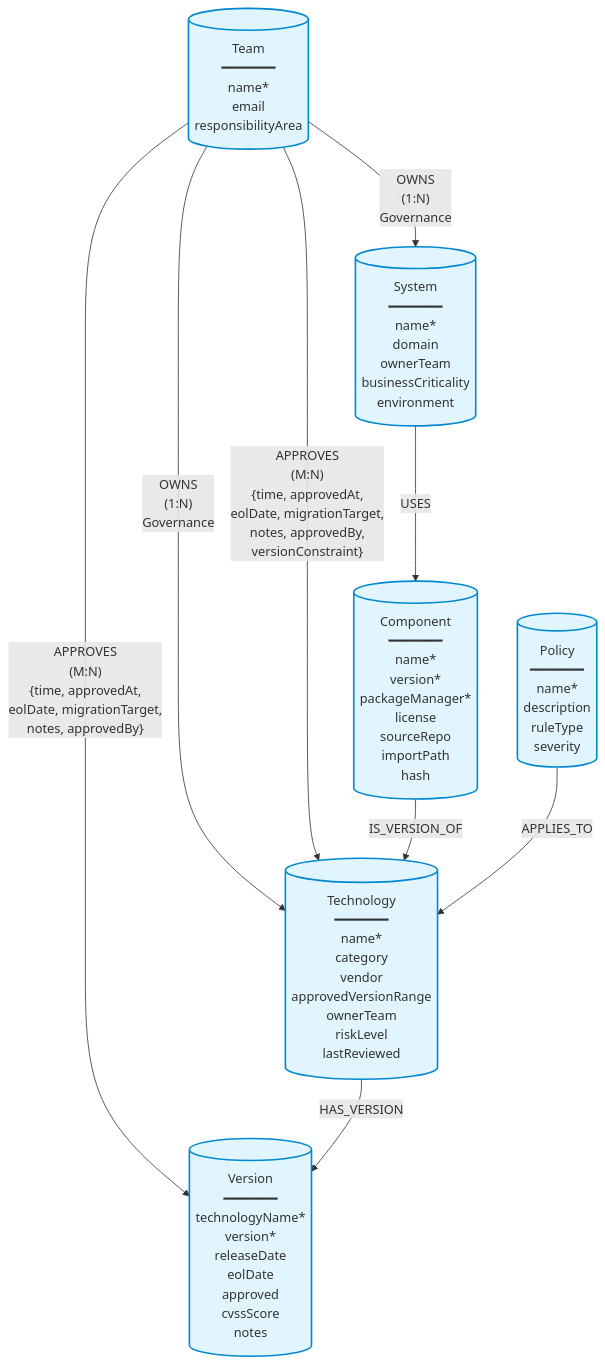
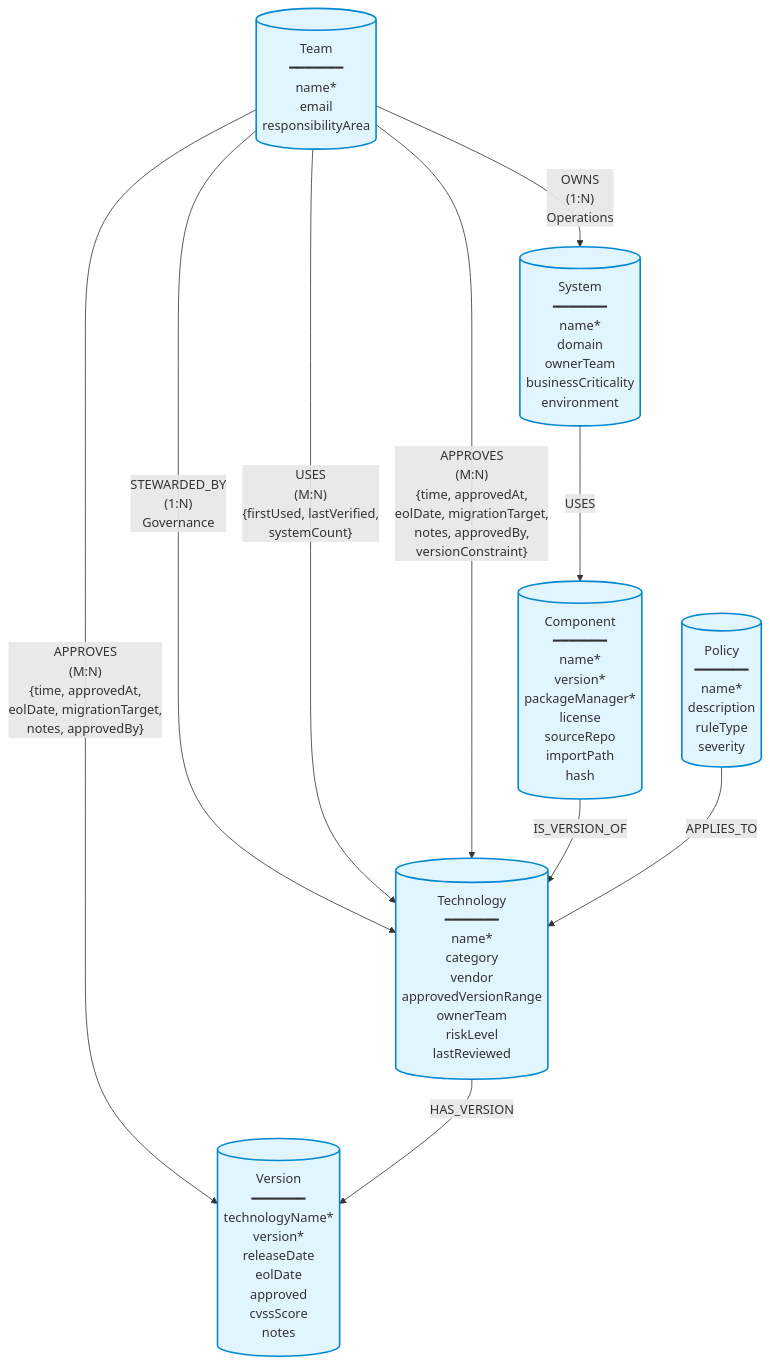
One commit to localgod/polaris changed the first of 2 diagrams in content/architecture/graph-model.md. Above: the diagram before and after it, drawn with Mermaid. The commit also changed other lines of this file and 20 other files, not shown here.

````diff
--- a/content/architecture/graph-model.md
+++ b/content/architecture/graph-model.md
@@ -12,30 +12,31 @@
 ```mermaid
 graph TB
     %% Node Definitions
     Team[("Team<br/>━━━━━━━<br/>name*<br/>email<br/>responsibilityArea")]
     Technology[("Technology<br/>━━━━━━━<br/>name*<br/>category<br/>vendor<br/>approvedVersionRange<br/>ownerTeam<br/>riskLevel<br/>lastReviewed")]
     Version[("Version<br/>━━━━━━━<br/>technologyName*<br/>version*<br/>releaseDate<br/>eolDate<br/>approved<br/>cvssScore<br/>notes")]
     Component[("Component<br/>━━━━━━━<br/>name*<br/>version*<br/>packageManager*<br/>license<br/>sourceRepo<br/>importPath<br/>hash")]
     System[("System<br/>━━━━━━━<br/>name*<br/>domain<br/>ownerTeam<br/>businessCriticality<br/>environment")]
     Policy[("Policy<br/>━━━━━━━<br/>name*<br/>description<br/>ruleType<br/>severity")]
     
     %% Relationships
-    Team -->|"OWNS<br/>(1:N)<br/>Governance"| Technology
-    Team -->|"OWNS<br/>(1:N)<br/>Governance"| System
+    Team -->|"STEWARDED_BY<br/>(1:N)<br/>Governance"| Technology
+    Team -->|"OWNS<br/>(1:N)<br/>Operations"| System
+    Team -->|"USES<br/>(M:N)<br/>{firstUsed, lastVerified,<br/>systemCount}"| Technology
     Team -->|"APPROVES<br/>(M:N)<br/>{time, approvedAt,<br/>eolDate, migrationTarget,<br/>notes, approvedBy,<br/>versionConstraint}"| Technology
     Team -->|"APPROVES<br/>(M:N)<br/>{time, approvedAt,<br/>eolDate, migrationTarget,<br/>notes, approvedBy}"| Version
     
     Technology -->|"HAS_VERSION"| Version
     
     Component -->|"IS_VERSION_OF"| Technology
     
     System -->|"USES"| Component
     
     Policy -->|"APPLIES_TO"| Technology
     
     %% Styling
     classDef nodeStyle fill:#e1f5ff,stroke:#0288d1,stroke-width:2px
     classDef relationshipStyle fill:#fff3e0,stroke:#f57c00,stroke-width:2px
     
     class Team,Technology,Version,Component,System,Policy nodeStyle
 ```
````
